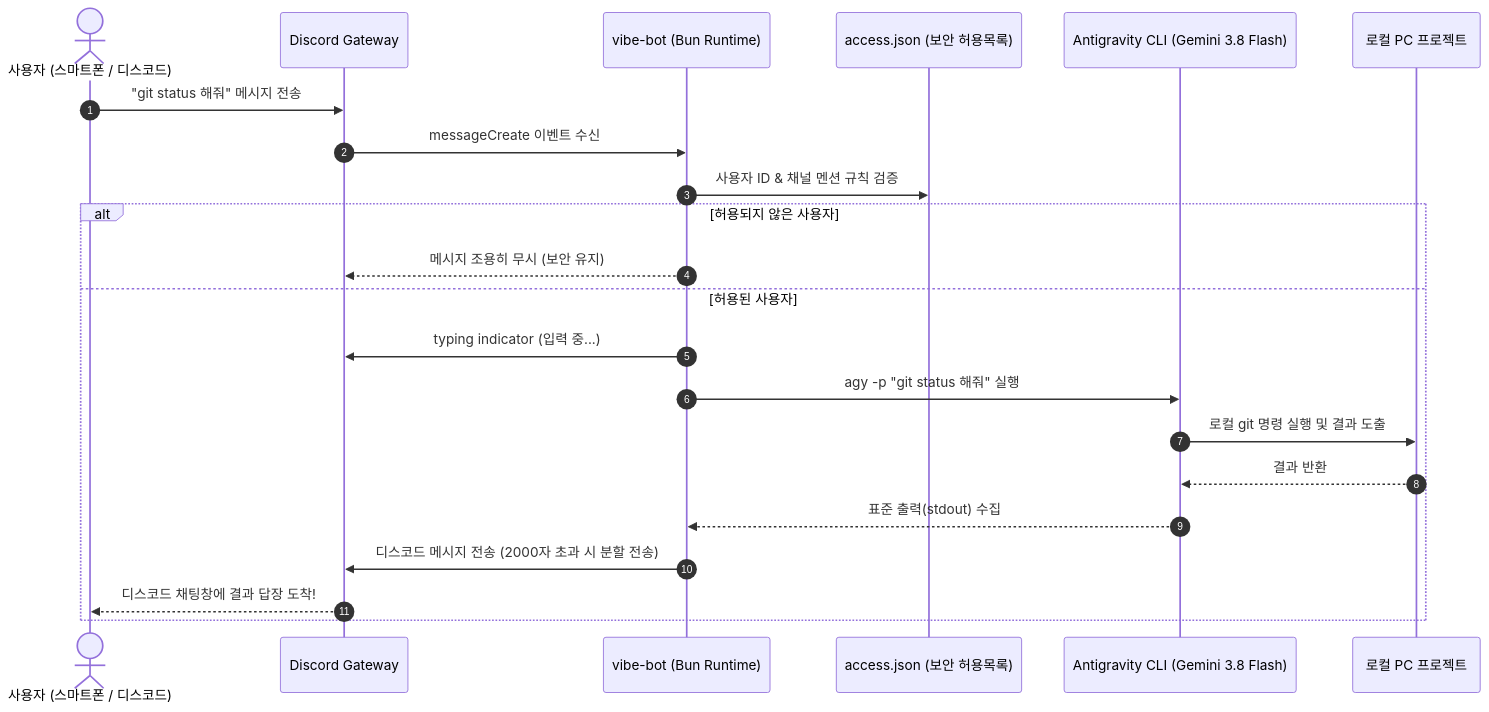
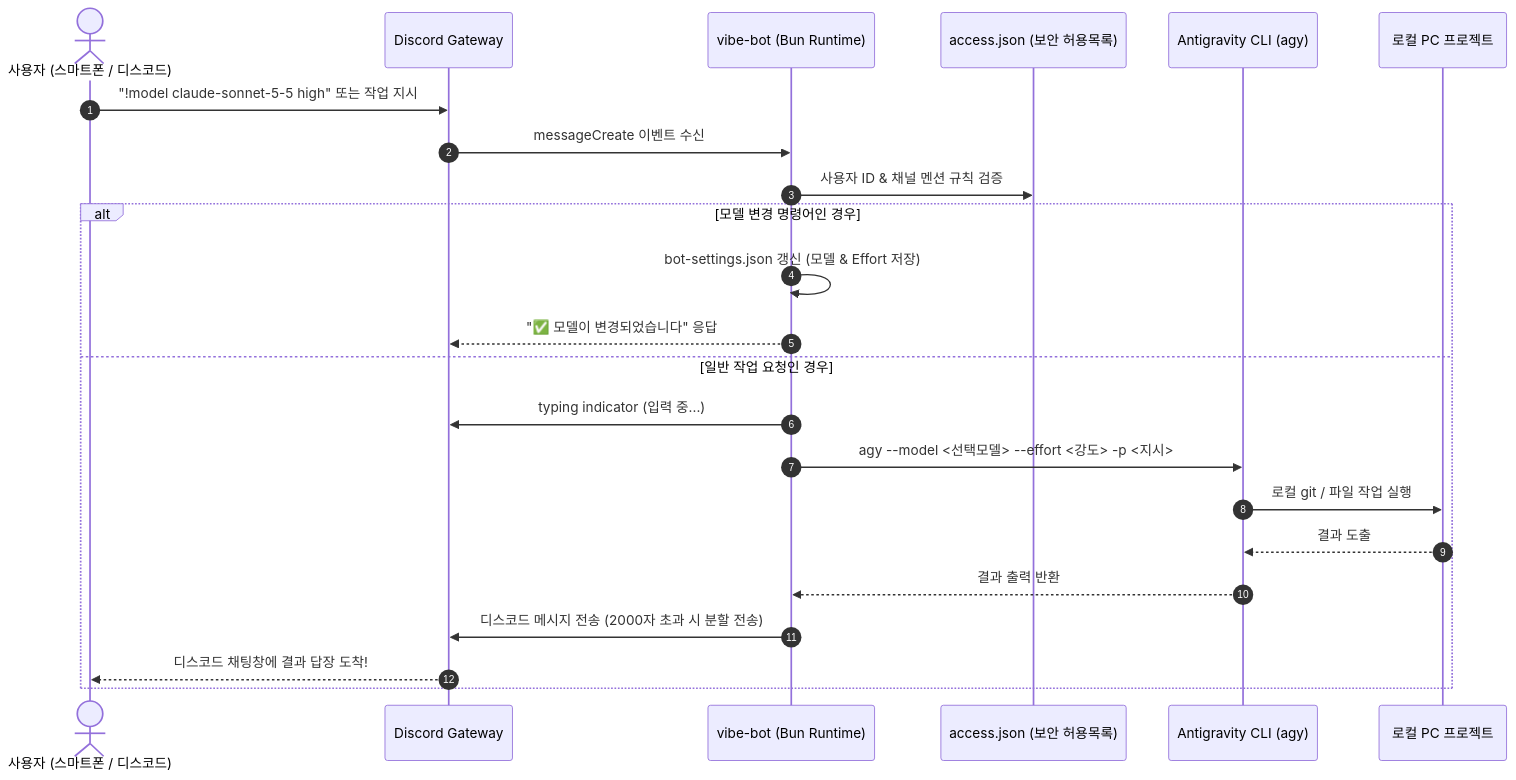
The diagram in README.md (hwnkue10-arch/vibe-bot), drawn with Mermaid before and after one commit. The commit also changed other lines of this file and 1 other file, not shown here.

Commit message:
feat: add dynamic model & effort commands via Discord and swap README banner/icon

````diff
--- a/README.md
+++ b/README.md
@@ -60,25 +62,26 @@
 ```mermaid
 sequenceDiagram
     autonumber
     actor User as 사용자 (스마트폰 / 디스코드)
     participant Gateway as Discord Gateway
     participant Bridge as vibe-bot (Bun Runtime)
     participant Auth as access.json (보안 허용목록)
-    participant Agent as Antigravity CLI (Gemini 3.8 Flash)
+    participant Agent as Antigravity CLI (agy)
     participant Workspace as 로컬 PC 프로젝트
 
-    User->>Gateway: "git status 해줘" 메시지 전송
+    User->>Gateway: "!model claude-sonnet-5-5 high" 또는 작업 지시
     Gateway->>Bridge: messageCreate 이벤트 수신
     Bridge->>Auth: 사용자 ID & 채널 멘션 규칙 검증
-    alt 허용되지 않은 사용자
-        Bridge-->>Gateway: 메시지 조용히 무시 (보안 유지)
-    else 허용된 사용자
+    alt 모델 변경 명령어인 경우
+        Bridge->>Bridge: bot-settings.json 갱신 (모델 & Effort 저장)
+        Bridge-->>Gateway: "✅ 모델이 변경되었습니다" 응답
+    else 일반 작업 요청인 경우
         Bridge->>Gateway: typing indicator (입력 중...)
-        Bridge->>Agent: agy -p "git status 해줘" 실행
-        Agent->>Workspace: 로컬 git 명령 실행 및 결과 도출
-        Workspace-->>Agent: 결과 반환
-        Agent-->>Bridge: 표준 출력(stdout) 수집
+        Bridge->>Agent: agy --model <선택모델> --effort <강도> -p <지시>
+        Agent->>Workspace: 로컬 git / 파일 작업 실행
+        Workspace-->>Agent: 결과 도출
+        Agent-->>Bridge: 결과 출력 반환
         Bridge->>Gateway: 디스코드 메시지 전송 (2000자 초과 시 분할 전송)
         Gateway-->>User: 디스코드 채팅창에 결과 답장 도착!
     end
 ```
````
